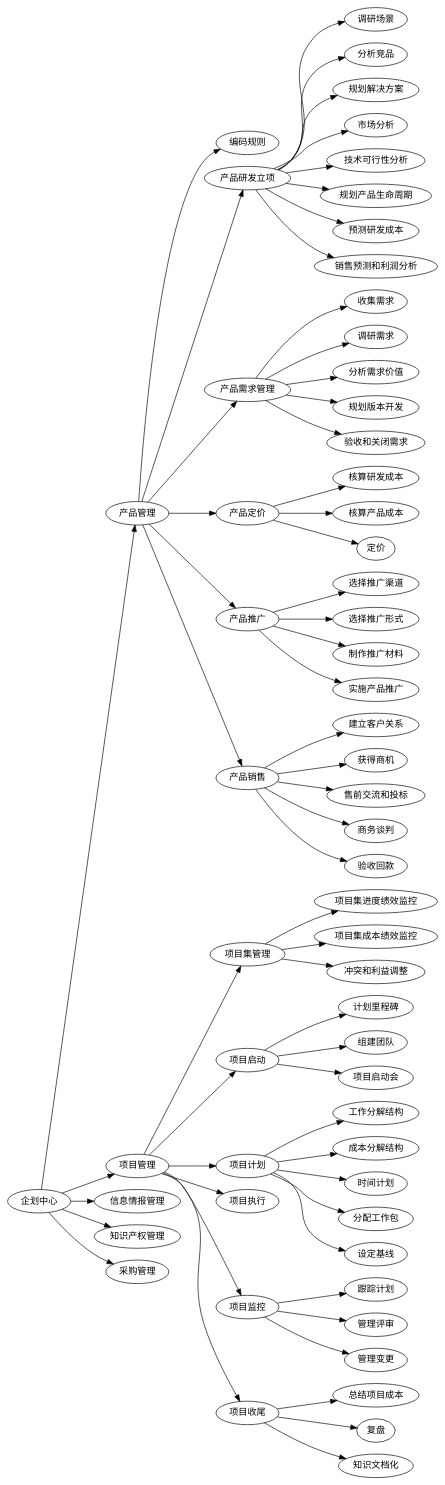
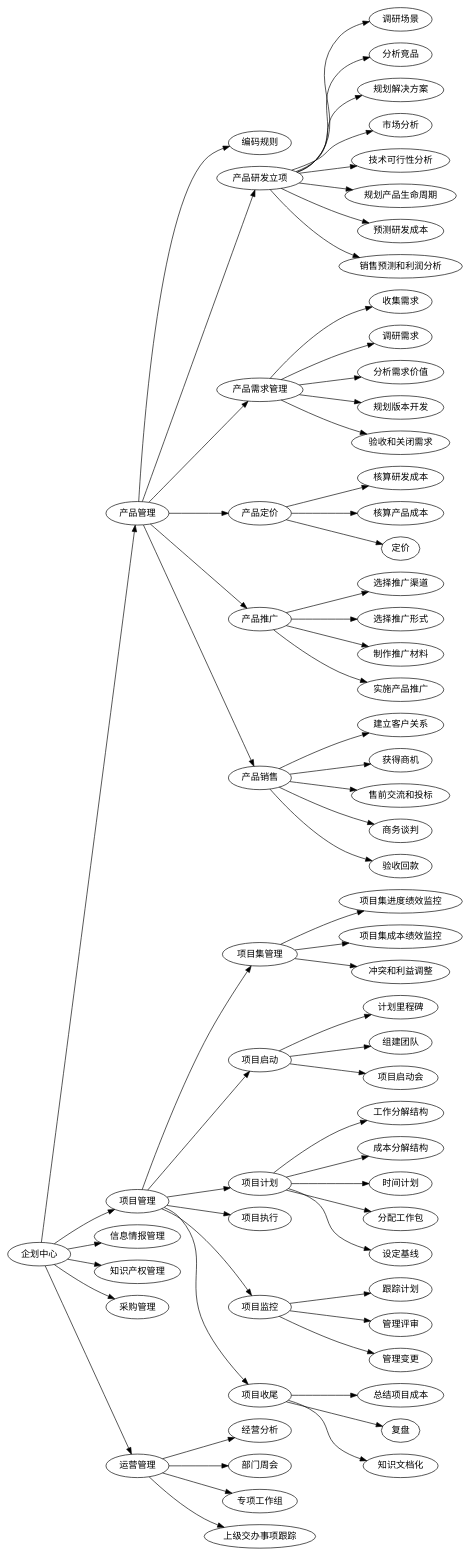
The diagram in source/work/sj/topic/20221029部门工作规划.rst (cruiurc/cruiurc.github.io), drawn with Graphviz before and after one commit. The commit also changed 1 other file, not shown here.

Commit message:
20221029 work

```diff
--- a/source/work/sj/topic/20221029部门工作规划.rst
+++ b/source/work/sj/topic/20221029部门工作规划.rst
@@ -4,26 +4,27 @@
 .. graphviz::
 
     digraph "CPC"{
     rankdir=LR
     fontsize = 4
 
-    企划中心->{产品管理,项目管理,信息情报管理,知识产权管理,采购管理}
+    企划中心->{产品管理,项目管理,信息情报管理,知识产权管理,采购管理,运营管理}
 
 
     产品管理->{编码规则,产品研发立项,产品需求管理,产品定价,产品推广,产品销售}
     产品研发立项->{调研场景,分析竞品,规划解决方案,市场分析,技术可行性分析,规划产品生命周期,预测研发成本,销售预测和利润分析}
     产品需求管理->{收集需求,调研需求,分析需求价值,规划版本开发,验收和关闭需求}
     产品定价->{核算研发成本,核算产品成本,定价}
     产品推广->{选择推广渠道,选择推广形式,制作推广材料,实施产品推广}
     产品销售->{建立客户关系,获得商机,售前交流和投标,商务谈判,验收回款}
 
 
     项目管理->{项目集管理,项目启动,项目计划,项目执行,项目监控,项目收尾}
     项目集管理->{项目集进度绩效监控,项目集成本绩效监控,冲突和利益调整}
     项目启动->{计划里程碑,组建团队,项目启动会}
     项目计划->{工作分解结构,成本分解结构,时间计划,分配工作包,设定基线}
     项目监控->{跟踪计划,管理评审,管理变更}
     项目收尾->{总结项目成本,复盘,知识文档化}
 
+    运营管理->{经营分析,部门周会,专项工作组,上级交办事项跟踪}
 
     }
```
